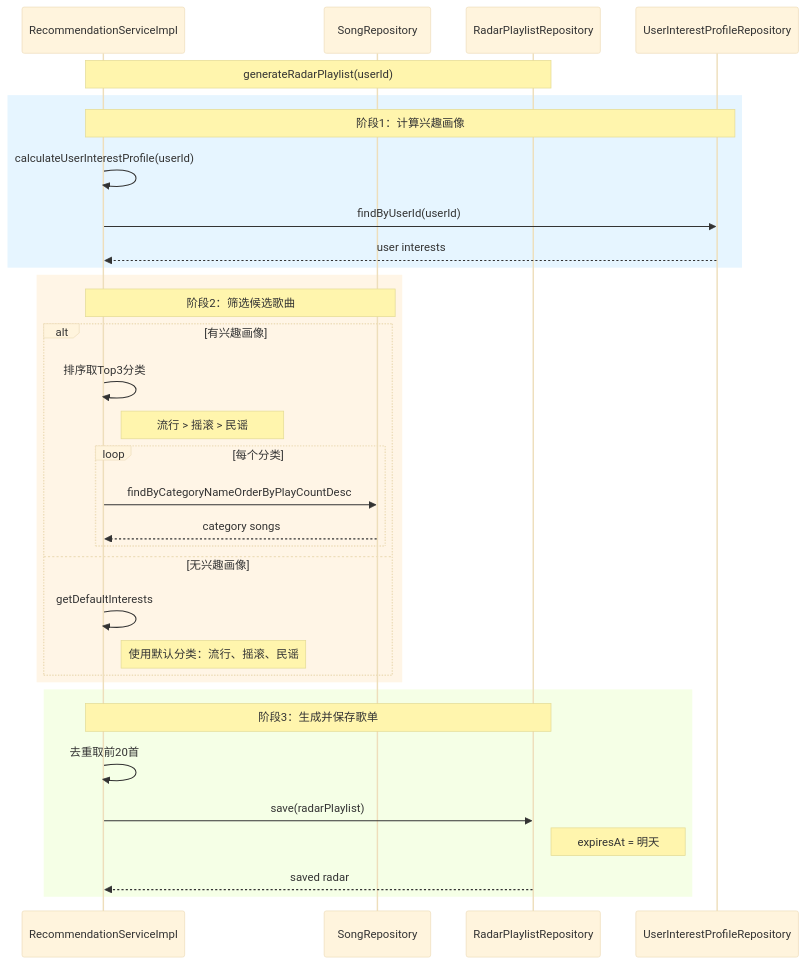
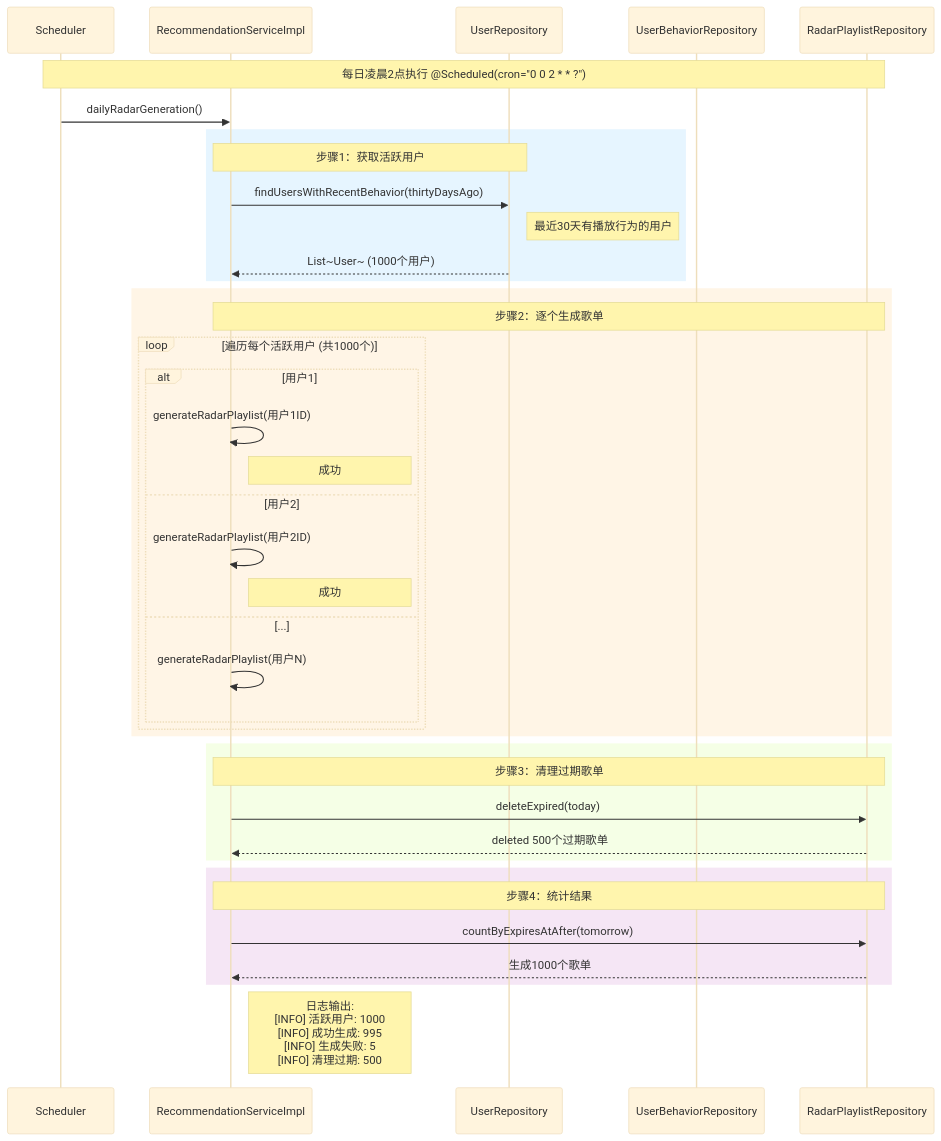
Diagram 12 of 34 in doc/类图与时序图.md (kewangzhen/fly-music), drawn with Mermaid (base theme) before and after one commit. The commit also changed other lines of this file and 13 other files, not shown here.

First line of the commit message:
feat: 添加Docker部署文件、热门榜单类图时序图细化及ACE-Step服务更新

````diff
--- a/doc/类图与时序图.md
+++ b/doc/类图与时序图.md
@@ -523,39 +669,48 @@
 ```mermaid
 sequenceDiagram
+    participant Scheduler
     participant RecommendationServiceImpl
-    participant SongRepository
+    participant UserRepository
+    participant UserBehaviorRepository
     participant RadarPlaylistRepository
-    participant UserInterestProfileRepository
 
-    Note over RecommendationServiceImpl,RadarPlaylistRepository: generateRadarPlaylist(userId)
+    Note over Scheduler,RadarPlaylistRepository: 每日凌晨2点执行 @Scheduled(cron="0 0 2 * * ?")
+
+    Scheduler->>RecommendationServiceImpl: dailyRadarGeneration()
 
     rect rgb(230, 245, 255)
-        Note over RecommendationServiceImpl,UserInterestProfileRepository: 阶段1：计算兴趣画像
-        RecommendationServiceImpl->>RecommendationServiceImpl: calculateUserInterestProfile(userId)
-        RecommendationServiceImpl->>UserInterestProfileRepository: findByUserId(userId)
-        UserInterestProfileRepository-->>RecommendationServiceImpl: user interests
+        Note over RecommendationServiceImpl,UserRepository: 步骤1：获取活跃用户
+        RecommendationServiceImpl->>UserRepository: findUsersWithRecentBehavior(thirtyDaysAgo)
+        Note right of UserRepository: 最近30天有播放行为的用户
+        UserRepository-->>RecommendationServiceImpl: List~User~ (1000个用户)
     end
 
     rect rgb(255, 245, 230)
-        Note over RecommendationServiceImpl,SongRepository: 阶段2：筛选候选歌曲
-        alt 有兴趣画像
-            RecommendationServiceImpl->>RecommendationServiceImpl: 排序取Top3分类
-            Note right of RecommendationServiceImpl: 流行 > 摇滚 > 民谣
-            loop 每个分类
-                RecommendationServiceImpl->>SongRepository: findByCategoryNameOrderByPlayCountDesc
-                SongRepository-->>RecommendationServiceImpl: category songs
+        Note over RecommendationServiceImpl,RadarPlaylistRepository: 步骤2：逐个生成歌单
+        loop 遍历每个活跃用户 (共1000个)
+            alt 用户1
+                RecommendationServiceImpl->>RecommendationServiceImpl: generateRadarPlaylist(用户1ID)
+                Note right of RecommendationServiceImpl: 成功
+            else 用户2
+                RecommendationServiceImpl->>RecommendationServiceImpl: generateRadarPlaylist(用户2ID)
+                Note right of RecommendationServiceImpl: 成功
+            else ...
+                RecommendationServiceImpl->>RecommendationServiceImpl: generateRadarPlaylist(用户N)
             end
-        else 无兴趣画像
-            RecommendationServiceImpl->>RecommendationServiceImpl: getDefaultInterests
-            Note right of RecommendationServiceImpl: 使用默认分类：流行、摇滚、民谣
         end
     end
 
     rect rgb(245, 255, 230)
-        Note over RecommendationServiceImpl,RadarPlaylistRepository: 阶段3：生成并保存歌单
-        RecommendationServiceImpl->>RecommendationServiceImpl: 去重取前20首
-        RecommendationServiceImpl->>RadarPlaylistRepository: save(radarPlaylist)
-        Note right of RadarPlaylistRepository: expiresAt = 明天
-        RadarPlaylistRepository-->>RecommendationServiceImpl: saved radar
+        Note over RecommendationServiceImpl,RadarPlaylistRepository: 步骤3：清理过期歌单
+        RecommendationServiceImpl->>RadarPlaylistRepository: deleteExpired(today)
+        RadarPlaylistRepository-->>RecommendationServiceImpl: deleted 500个过期歌单
     end
+
+    rect rgb(245, 230, 245)
+        Note over RecommendationServiceImpl,RadarPlaylistRepository: 步骤4：统计结果
+        RecommendationServiceImpl->>RadarPlaylistRepository: countByExpiresAtAfter(tomorrow)
+        RadarPlaylistRepository-->>RecommendationServiceImpl: 生成1000个歌单
+    end
+
+    Note right of RecommendationServiceImpl: 日志输出:<br/>[INFO] 活跃用户: 1000<br/>[INFO] 成功生成: 995<br/>[INFO] 生成失败: 5<br/>[INFO] 清理过期: 500
 ```
````
